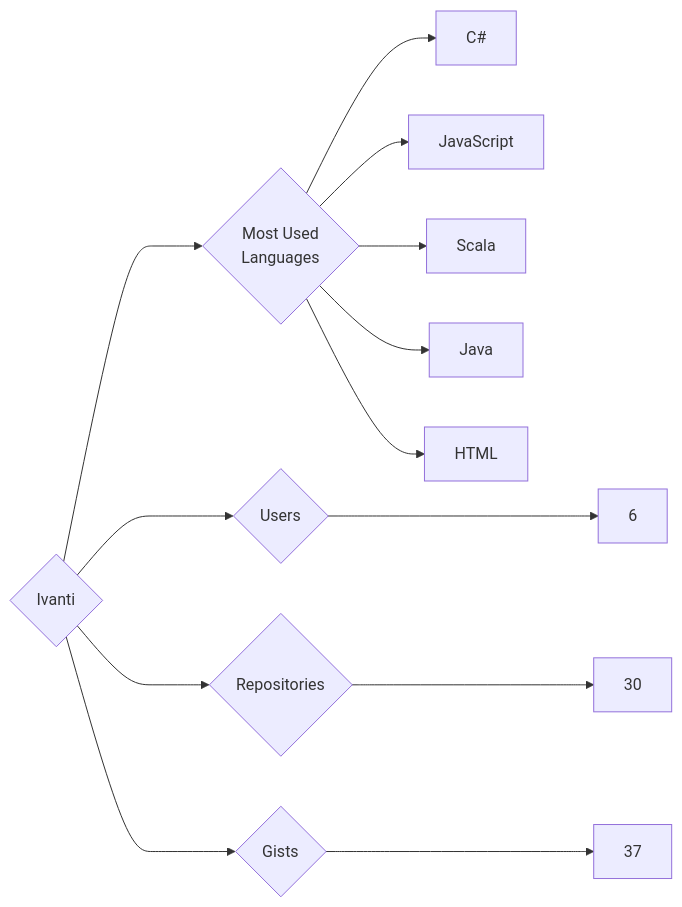
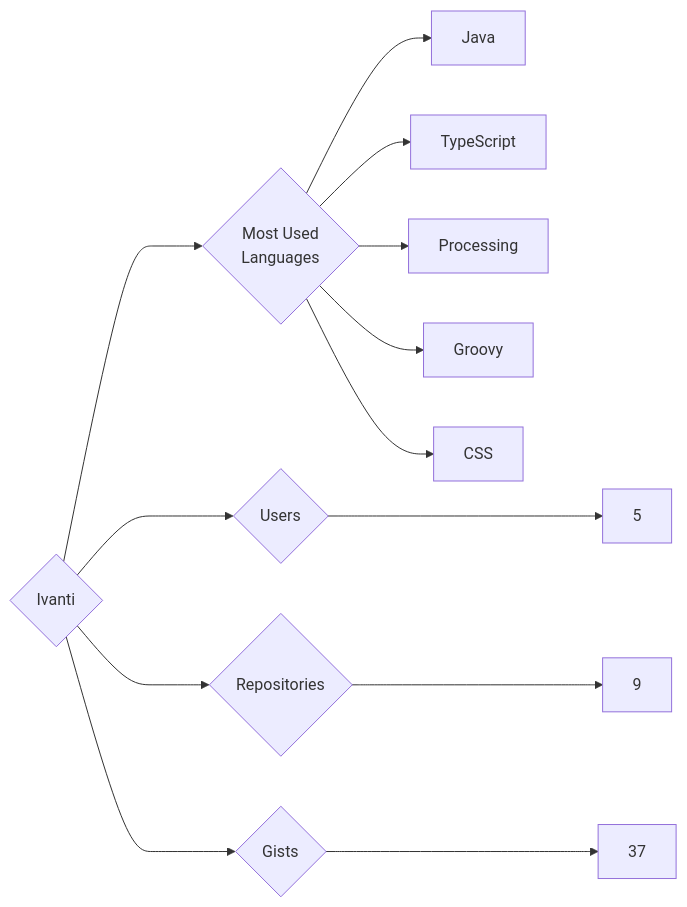
The diagram in targets/Ivanti/README.md (trickest/insiders), drawn with Mermaid before and after one commit. The commit also changed 1148 other files, not shown here.

````diff
--- a/targets/Ivanti/README.md
+++ b/targets/Ivanti/README.md
@@ -3,13 +3,13 @@
 ```mermaid
 graph LR
 COMPANY_NAME{Ivanti}
-COMPANY_NAME ---> U{Users} ---> UN[6]
-COMPANY_NAME ---> R{Repositories} ---> RN[30]
+COMPANY_NAME ---> U{Users} ---> UN[5]
+COMPANY_NAME ---> R{Repositories} ---> RN[9]
 COMPANY_NAME ---> G{Gists} ---> GN[37]
 COMPANY_NAME ---> ML{Most Used<br>Languages}
-ML --> C#[C#]
-ML --> JavaScript[JavaScript]
-ML --> Scala[Scala]
 ML --> Java[Java]
-ML --> HTML[HTML]
+ML --> TypeScript[TypeScript]
+ML --> Processing[Processing]
+ML --> Groovy[Groovy]
+ML --> CSS[CSS]
 ```
````
